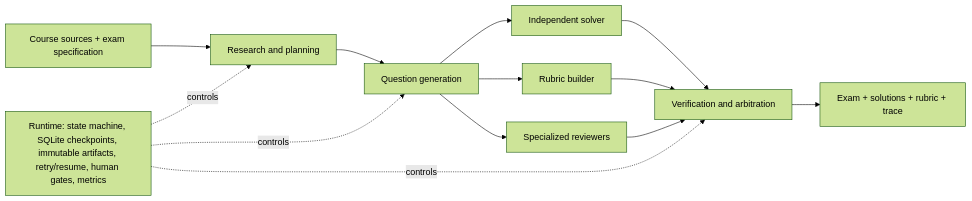
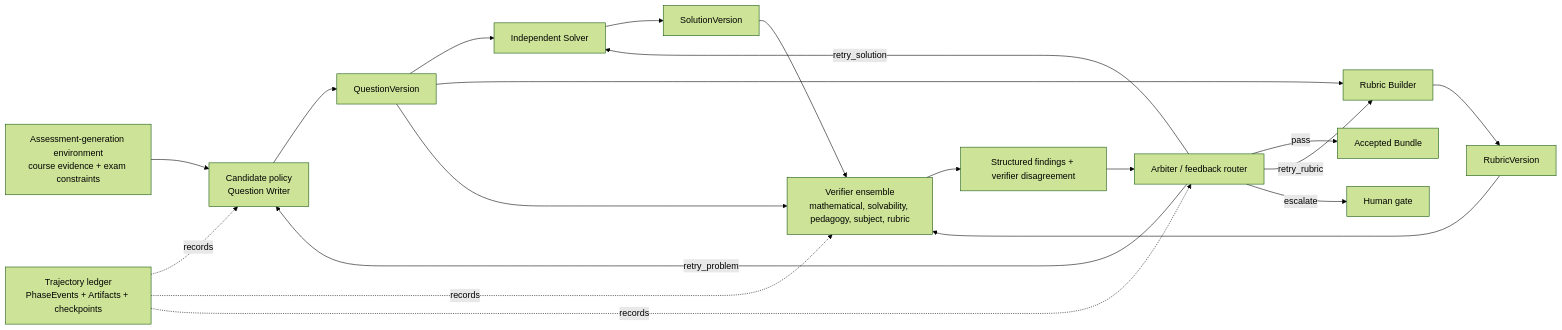
The first of 11 diagrams in README.md (kyc001/assessment-workbench), drawn with Mermaid (forest theme) before and after one commit. The commit also changed other lines of this file and 1 other file, not shown here.

Commit message:
docs: expand verifier-centric architecture guide

````diff
--- a/README.md
+++ b/README.md
@@ -76,16 +20,23 @@
 ```mermaid
 flowchart LR
-    A["Course sources + exam specification"] --> B["Research and planning"]
-    B --> C["Question generation"]
-    C --> D["Independent solver"]
-    C --> E["Rubric builder"]
-    C --> F["Specialized reviewers"]
-    D --> G["Verification and arbitration"]
-    E --> G
-    F --> G
-    G --> H["Exam + solutions + rubric + trace"]
+    Env["Assessment-generation environment\ncourse evidence + exam constraints"] --> Policy["Candidate policy\nQuestion Writer"]
+    Policy --> Candidate["QuestionVersion"]
+    Candidate --> Solver["Independent Solver"]
+    Candidate --> Rubric["Rubric Builder"]
+    Candidate --> Reviewers["Verifier ensemble\nmathematical, solvability, pedagogy, subject, rubric"]
+    Solver --> Evidence["SolutionVersion"]
+    Rubric --> Contract["RubricVersion"]
+    Evidence --> Reviewers
+    Contract --> Reviewers
+    Reviewers --> Disagreement["Structured findings + verifier disagreement"]
+    Disagreement --> Arbiter["Arbiter / feedback router"]
+    Arbiter -->|"pass"| Accepted["Accepted Bundle"]
+    Arbiter -->|"retry_problem"| Policy
+    Arbiter -->|"retry_solution"| Solver
+    Arbiter -->|"retry_rubric"| Rubric
+    Arbiter -->|"escalate"| Human["Human gate"]
 
-    R["Runtime: state machine, SQLite checkpoints, immutable artifacts, retry/resume, human gates, metrics"] -. controls .-> B
-    R -. controls .-> C
-    R -. controls .-> G
+    Ledger["Trajectory ledger\nPhaseEvents + Artifacts + checkpoints"] -. records .-> Policy
+    Ledger -. records .-> Reviewers
+    Ledger -. records .-> Arbiter
 ```
````
